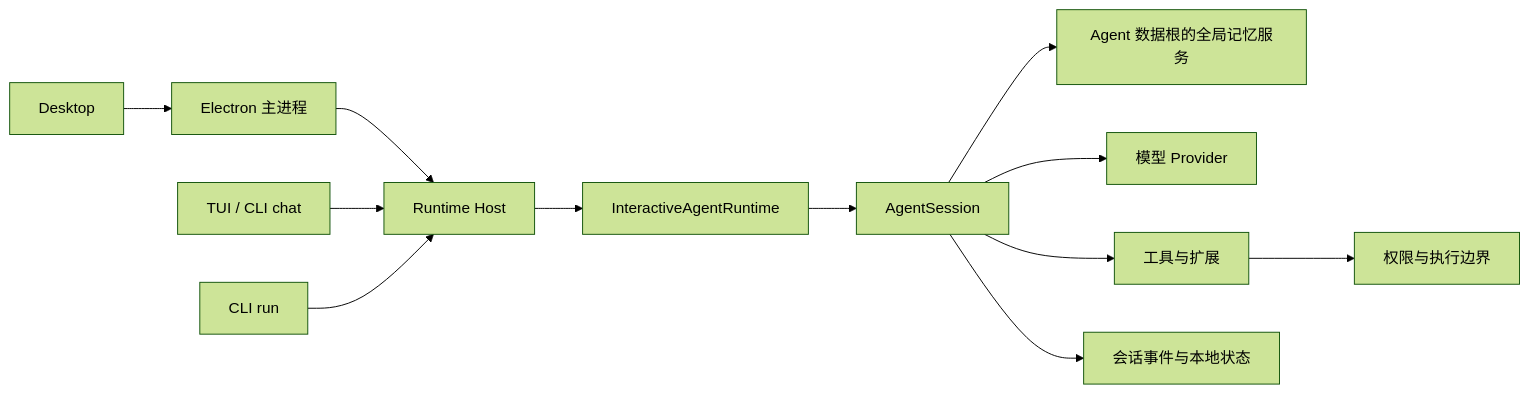
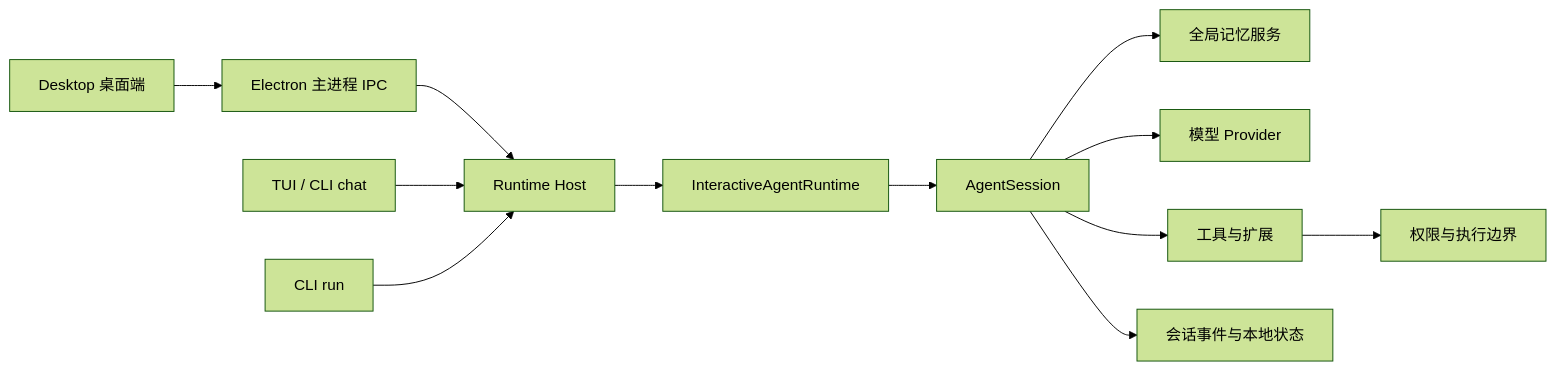
Before and after one commit to binyouo/Biny-Agent: the diagram in docs/ARCHITECTURE.md, drawn with Mermaid (forest theme). The commit also changed other lines of this file and 12 other files, not shown here.

````diff
--- a/docs/ARCHITECTURE.md
+++ b/docs/ARCHITECTURE.md
@@ -7,14 +11,14 @@
 ```mermaid
 flowchart LR
-    Desktop[Desktop] --> IPC[Electron 主进程]
+    Desktop[Desktop 桌面端] --> IPC[Electron 主进程 IPC]
     IPC --> Host[Runtime Host]
     Terminal[TUI / CLI chat] --> Host
     Host --> Runtime[InteractiveAgentRuntime]
     Runtime --> Session[AgentSession]
     Run[CLI run] --> Host
-    Session --> Memory[Agent 数据根的全局记忆服务]
+    Session --> Memory[全局记忆服务]
     Session --> Provider[模型 Provider]
     Session --> Tools[工具与扩展]
     Session --> State[会话事件与本地状态]
     Tools --> Policy[权限与执行边界]
 ```
````
